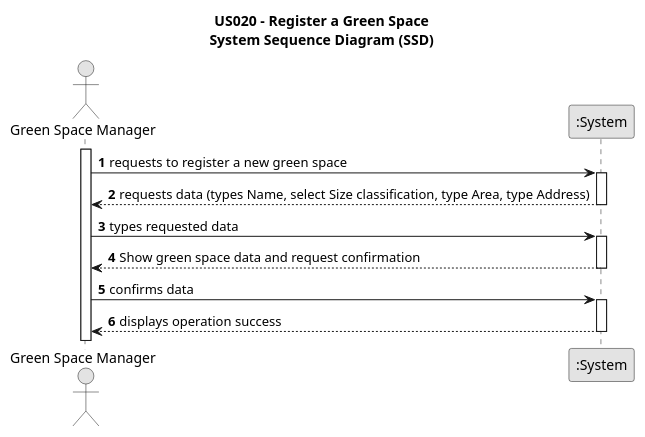
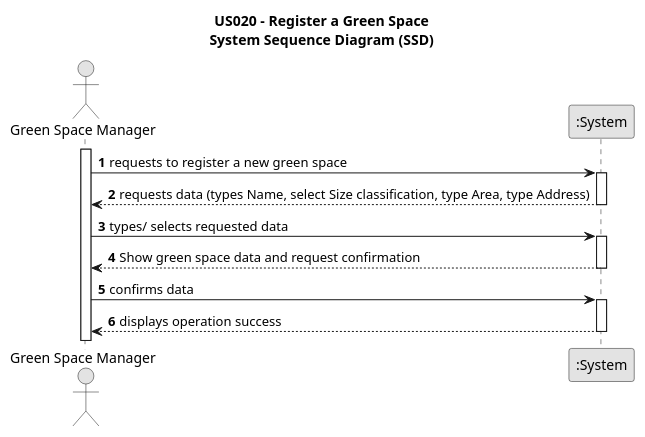
Before and after one commit to Mendoncaa/LAPR2: the diagram in docs/sprintC/US20/01.requirements-engineering/puml/us020-system-sequence-diagram.puml, drawn with PlantUML. The commit also changed 30 other files, not shown here.

```diff
--- a/docs/sprintC/US20/01.requirements-engineering/puml/us020-system-sequence-diagram.puml
+++ b/docs/sprintC/US20/01.requirements-engineering/puml/us020-system-sequence-diagram.puml
@@ -1,34 +1,34 @@
 @startuml
 skinparam monochrome true
 skinparam packageStyle rectangle
 skinparam shadowing false
 
 title US020 - Register a Green Space\nSystem Sequence Diagram (SSD)
 
 autonumber
 
 actor "Green Space Manager" as GSM
 participant ":System" as System
 
 activate GSM
 
     GSM -> System : requests to register a new green space
     activate System
 
         System --> GSM : requests data (types Name, select Size classification, type Area, type Address)
     deactivate System
 
-    GSM -> System : types requested data
+    GSM -> System : types/ selects requested data
     activate System
 
         System --> GSM : Show green space data and request confirmation
         deactivate System
 
         GSM -> System : confirms data
         activate System
 
         System --> GSM : displays operation success
         
     deactivate System
 
 @enduml
```
